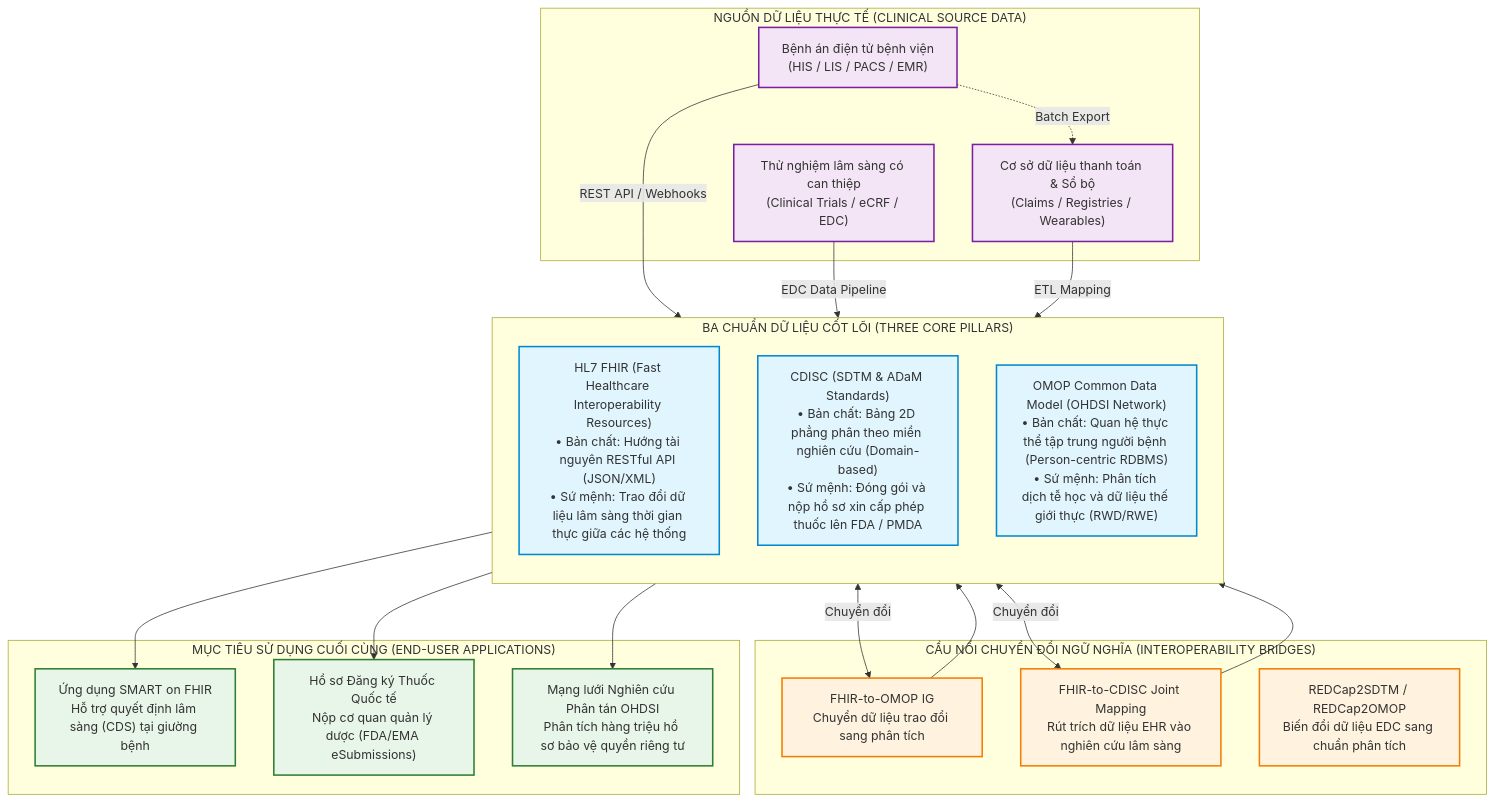
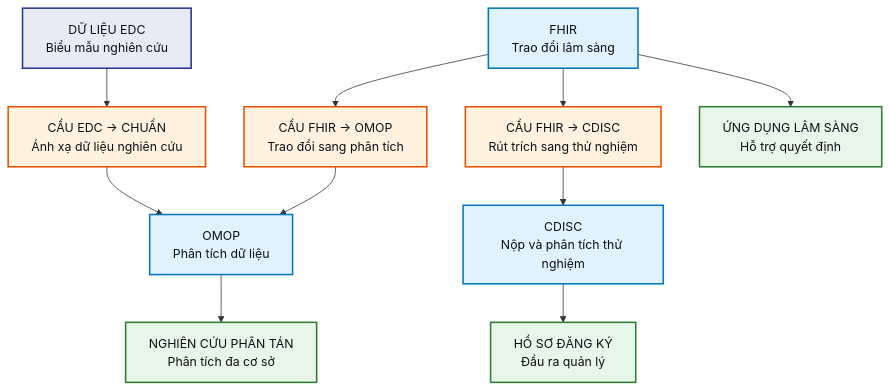
Before and after one commit to fossbk-spec/biomedical-rdm-course: the second of 2 diagrams in course/book/ch03.md, drawn with Mermaid. The commit also changed other lines of this file and 4 other files, not shown here.

Commit message:
sync: redesigned Mermaid diagrams (ch01-ch03, ch05); strip stray HTML tags in diagram labels

````diff
--- a/course/book/ch03.md
+++ b/course/book/ch03.md
@@ -33,51 +49,18 @@
 ```mermaid
 flowchart TD
-    subgraph SOURCE["NGUỒN DỮ LIỆU THỰC TẾ (CLINICAL SOURCE DATA)"]
-        EHR["Bệnh án điện tử bệnh viện<br/>(HIS / LIS / PACS / EMR)"]
-        CT["Thử nghiệm lâm sàng có can thiệp<br/>(Clinical Trials / eCRF / EDC)"]
-        REG["Cơ sở dữ liệu thanh toán & Sổ bộ<br/>(Claims / Registries / Wearables)"]
-    end
-
-    subgraph STANDARDS["BA CHUẨN DỮ LIỆU CỐT LÕI (THREE CORE PILLARS)"]
-        direction TB
-        FHIR["HL7 FHIR (Fast Healthcare Interoperability Resources)<br/>• Bản chất: Hướng tài nguyên RESTful API (JSON/XML)<br/>• Sứ mệnh: Trao đổi dữ liệu lâm sàng thời gian thực giữa các hệ thống"]
-        CDISC["CDISC (SDTM & ADaM Standards)<br/>• Bản chất: Bảng 2D phẳng phân theo miền nghiên cứu (Domain-based)<br/>• Sứ mệnh: Đóng gói và nộp hồ sơ xin cấp phép thuốc lên FDA / PMDA"]
-        OMOP["OMOP Common Data Model (OHDSI Network)<br/>• Bản chất: Quan hệ thực thể tập trung người bệnh (Person-centric RDBMS)<br/>• Sứ mệnh: Phân tích dịch tễ học và dữ liệu thế giới thực (RWD/RWE)"]
-    end
-
-    subgraph BRIDGES["CẦU NỐI CHUYỂN ĐỔI NGỮ NGHĨA (INTEROPERABILITY BRIDGES)"]
-        F2O["FHIR-to-OMOP IG<br/>Chuyển dữ liệu trao đổi sang phân tích"]
-        F2C["FHIR-to-CDISC Joint Mapping<br/>Rút trích dữ liệu EHR vào nghiên cứu lâm sàng"]
-        R2C["REDCap2SDTM / REDCap2OMOP<br/>Biến đổi dữ liệu EDC sang chuẩn phân tích"]
-    end
-
-    subgraph USECASES["MỤC TIÊU SỬ DỤNG CUỐI CÙNG (END-USER APPLICATIONS)"]
-        APP["Ứng dụng SMART on FHIR<br/>Hỗ trợ quyết định lâm sàng (CDS) tại giường bệnh"]
-        REG_SUB["Hồ sơ Đăng ký Thuốc Quốc tế<br/>Nộp cơ quan quản lý dược (FDA/EMA eSubmissions)"]
-        FED_RES["Mạng lưới Nghiên cứu Phân tán OHDSI<br/>Phân tích hàng triệu hồ sơ bảo vệ quyền riêng tư"]
-    end
-
-    EHR -->|"REST API / Webhooks"| FHIR
-    CT -->|"EDC Data Pipeline"| CDISC
-    EHR -.->|"Batch Export"| REG
-    REG -->|"ETL Mapping"| OMOP
-
-    FHIR <-->|"Chuyển đổi"| F2O
-    F2O --> OMOP
-    FHIR <-->|"Chuyển đổi"| F2C
-    F2C --> CDISC
-
-    FHIR --> APP
-    CDISC --> REG_SUB
-    OMOP --> FED_RES
-
-    classDef src fill:#f3e5f5,stroke:#7b1fa2,stroke-width:2px;
-    classDef std fill:#e1f5fe,stroke:#0288d1,stroke-width:2px;
-    classDef brg fill:#fff3e0,stroke:#f57c00,stroke-width:2px;
-    classDef use fill:#e8f5e9,stroke:#2e7d32,stroke-width:2px;
-
-    class EHR,CT,REG src;
-    class FHIR,CDISC,OMOP std;
-    class F2O,F2C,R2C brg;
-    class APP,REG_SUB,FED_RES use;
+    FHIR["FHIR<br/>Trao đổi lâm sàng"] --> F2O["CẦU FHIR → OMOP<br/>Trao đổi sang phân tích"] --> OMOP["OMOP<br/>Phân tích dữ liệu"]
+    FHIR --> F2C["CẦU FHIR → CDISC<br/>Rút trích sang thử nghiệm"] --> CDISC["CDISC<br/>Nộp và phân tích thử nghiệm"]
+    CT["DỮ LIỆU EDC<br/>Biểu mẫu nghiên cứu"] --> R2O["CẦU EDC → CHUẨN<br/>Ánh xạ dữ liệu nghiên cứu"] --> OMOP
+    FHIR --> APP["ỨNG DỤNG LÂM SÀNG<br/>Hỗ trợ quyết định"]
+    CDISC --> SUB["HỒ SƠ ĐĂNG KÝ<br/>Đầu ra quản lý"]
+    OMOP --> FED["NGHIÊN CỨU PHÂN TÁN<br/>Phân tích đa cơ sở"]
+    classDef lawStyle fill:#E8EAF6,stroke:#283593,stroke-width:2px,color:#0D1117;
+    classDef archStyle fill:#E0F2FE,stroke:#0277BD,stroke-width:2px,color:#0D1117;
+    classDef techStyle fill:#FFF3E0,stroke:#E65100,stroke-width:2px,color:#0D1117;
+    classDef mathStyle fill:#E8F5E9,stroke:#2E7D32,stroke-width:2px,color:#0D1117;
+    classDef warnStyle fill:#FFEBEE,stroke:#C62828,stroke-width:2px,color:#0D1117;
+    class FHIR,CDISC,OMOP archStyle;
+    class F2O,F2C,R2O techStyle;
+    class CT lawStyle;
+    class APP,SUB,FED mathStyle;
 ```
````
